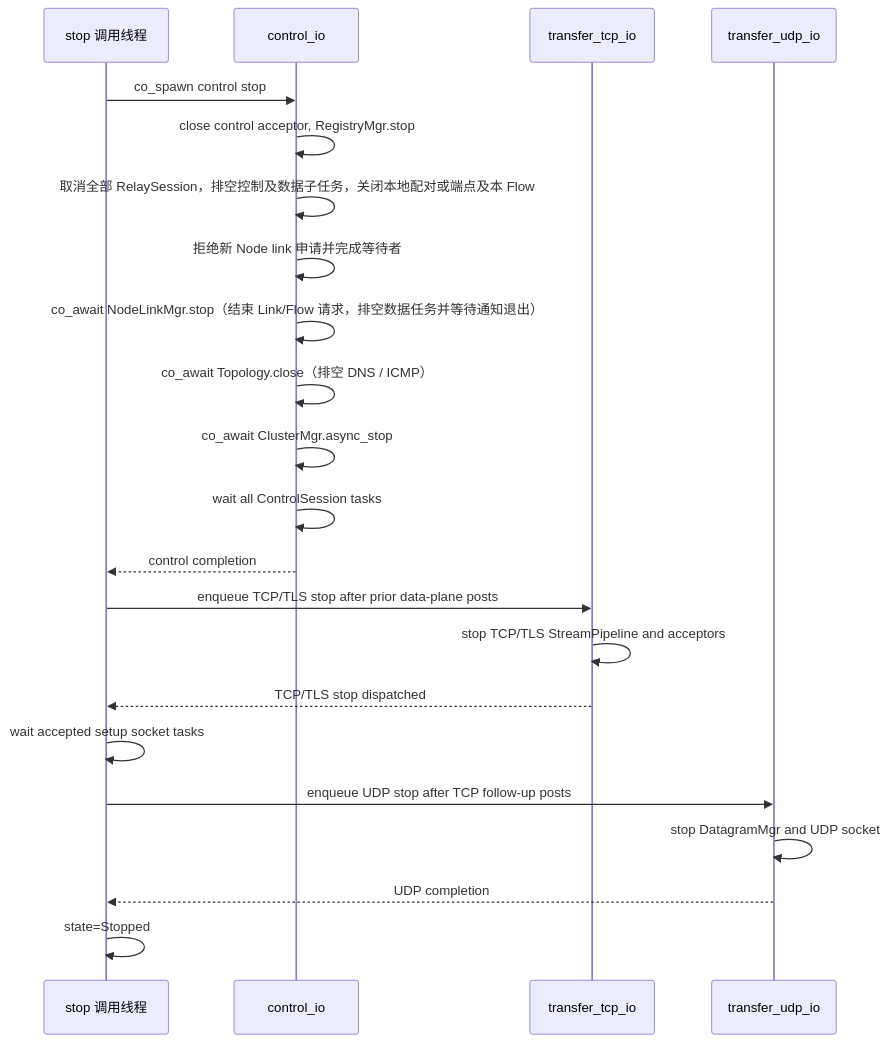
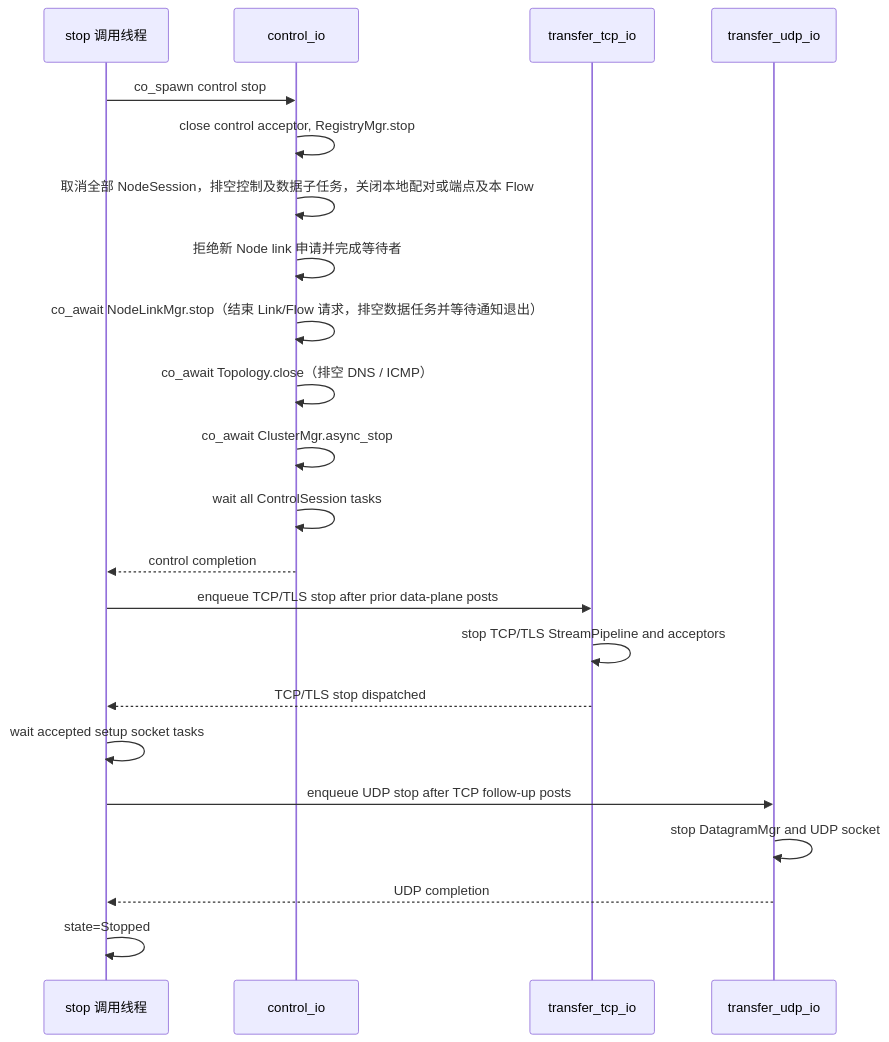
Before and after one commit to Xtinc/relayweave: diagram 11 of 12 in docs/RelayWeave设计.md, drawn with Mermaid. The commit also changed other lines of this file and 85 other files, not shown here.

````diff
--- a/docs/RelayWeave设计.md
+++ b/docs/RelayWeave设计.md
@@ -1436,25 +1683,25 @@
 ```mermaid
 sequenceDiagram
     participant X as stop 调用线程
     participant C as control_io
     participant T as transfer_tcp_io
     participant U as transfer_udp_io
 
     X->>C: co_spawn control stop
     C->>C: close control acceptor, RegistryMgr.stop
-    C->>C: 取消全部 RelaySession，排空控制及数据子任务，关闭本地配对或端点及本 Flow
+    C->>C: 取消全部 NodeSession，排空控制及数据子任务，关闭本地配对或端点及本 Flow
     C->>C: 拒绝新 Node link 申请并完成等待者
     C->>C: co_await NodeLinkMgr.stop（结束 Link/Flow 请求，排空数据任务并等待通知退出）
     C->>C: co_await Topology.close（排空 DNS / ICMP）
     C->>C: co_await ClusterMgr.async_stop
     C->>C: wait all ControlSession tasks
     C-->>X: control completion
     X->>T: enqueue TCP/TLS stop after prior data-plane posts
     T->>T: stop TCP/TLS StreamPipeline and acceptors
     T-->>X: TCP/TLS stop dispatched
     X->>X: wait accepted setup socket tasks
     X->>U: enqueue UDP stop after TCP follow-up posts
     U->>U: stop DatagramMgr and UDP socket
     U-->>X: UDP completion
     X->>X: state=Stopped
 ```
````
